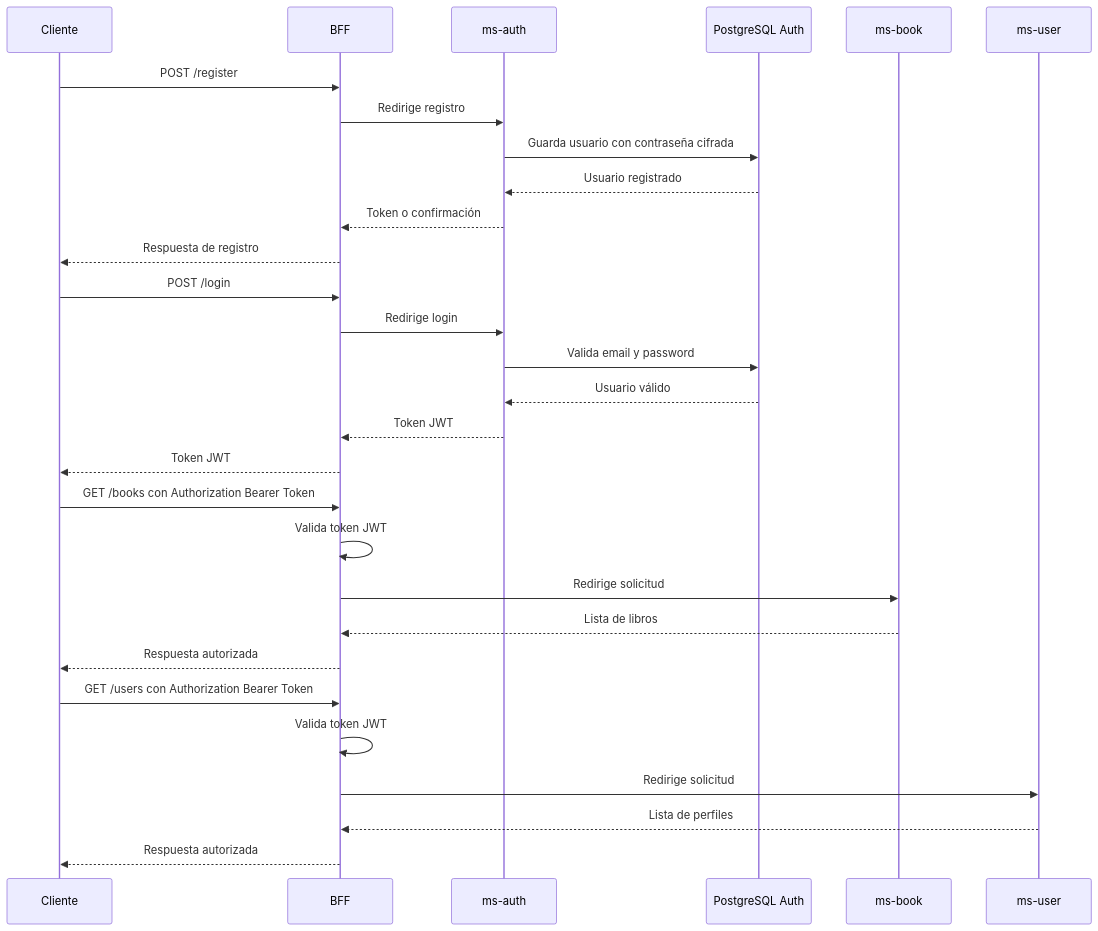
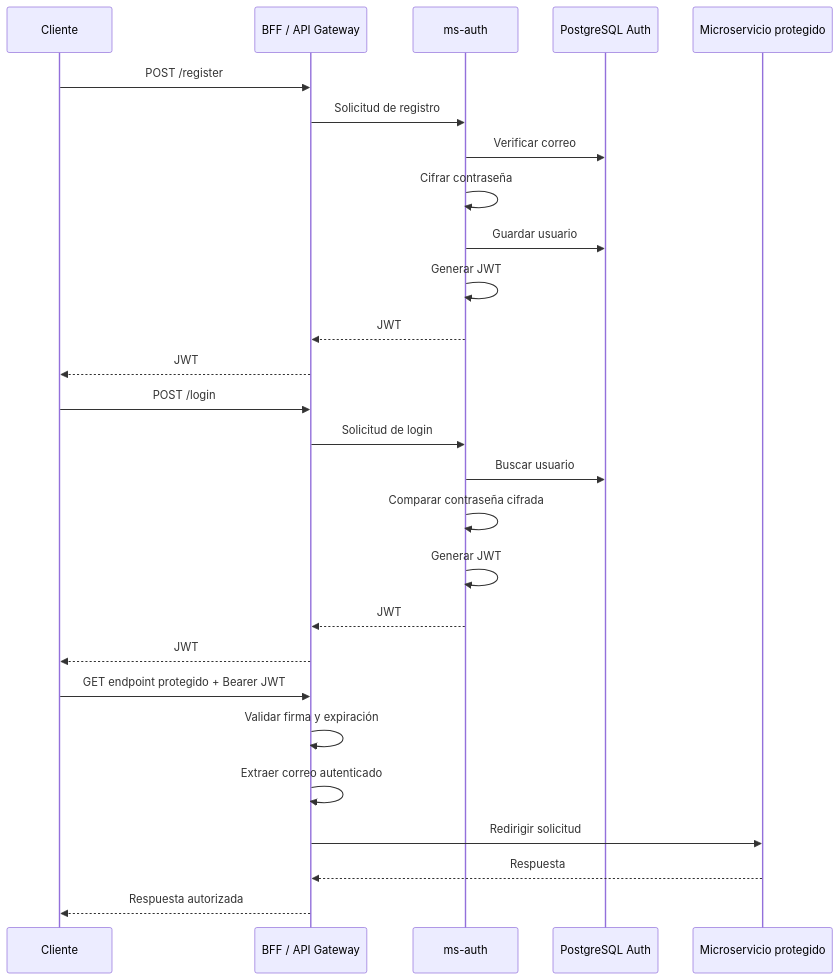
One commit to igmoyah-lab/Library-Microservices changed the diagram in PLAN_AUTH.md. Above: the diagram before and after it, drawn with Mermaid. The commit also changed other lines of this file and 3 other files, not shown here.

````diff
--- a/PLAN_AUTH.md
+++ b/PLAN_AUTH.md
@@ -74,35 +260,32 @@
-```mermaid id="0zqkhu"
+```mermaid
 sequenceDiagram
-    participant Cliente
-    participant BFF
-    participant AuthService as ms-auth
-    participant DB as PostgreSQL Auth
-    participant BookService as ms-book
-    participant UserService as ms-user
+    participant Client as Cliente
+    participant BFF as BFF / API Gateway
+    participant Auth as ms-auth
+    participant AuthDB as PostgreSQL Auth
+    participant Service as Microservicio protegido
 
-    Cliente->>BFF: POST /register
-    BFF->>AuthService: Redirige registro
-    AuthService->>DB: Guarda usuario con contraseña cifrada
-    DB-->>AuthService: Usuario registrado
-    AuthService-->>BFF: Token o confirmación
-    BFF-->>Cliente: Respuesta de registro
+    Client->>BFF: POST /register
+    BFF->>Auth: Solicitud de registro
+    Auth->>AuthDB: Verificar correo
+    Auth->>Auth: Cifrar contraseña
+    Auth->>AuthDB: Guardar usuario
+    Auth->>Auth: Generar JWT
+    Auth-->>BFF: JWT
+    BFF-->>Client: JWT
 
-    Cliente->>BFF: POST /login
-    BFF->>AuthService: Redirige login
-    AuthService->>DB: Valida email y password
-    DB-->>AuthService: Usuario válido
-    AuthService-->>BFF: Token JWT
-    BFF-->>Cliente: Token JWT
+    Client->>BFF: POST /login
+    BFF->>Auth: Solicitud de login
+    Auth->>AuthDB: Buscar usuario
+    Auth->>Auth: Comparar contraseña cifrada
+    Auth->>Auth: Generar JWT
+    Auth-->>BFF: JWT
+    BFF-->>Client: JWT
 
-    Cliente->>BFF: GET /books con Authorization Bearer Token
-    BFF->>BFF: Valida token JWT
-    BFF->>BookService: Redirige solicitud
-    BookService-->>BFF: Lista de libros
-    BFF-->>Cliente: Respuesta autorizada
-
-    Cliente->>BFF: GET /users con Authorization Bearer Token
-    BFF->>BFF: Valida token JWT
-    BFF->>UserService: Redirige solicitud
-    UserService-->>BFF: Lista de perfiles
-    BFF-->>Cliente: Respuesta autorizada
+    Client->>BFF: GET endpoint protegido + Bearer JWT
+    BFF->>BFF: Validar firma y expiración
+    BFF->>BFF: Extraer correo autenticado
+    BFF->>Service: Redirigir solicitud
+    Service-->>BFF: Respuesta
+    BFF-->>Client: Respuesta autorizada
 ```
````
